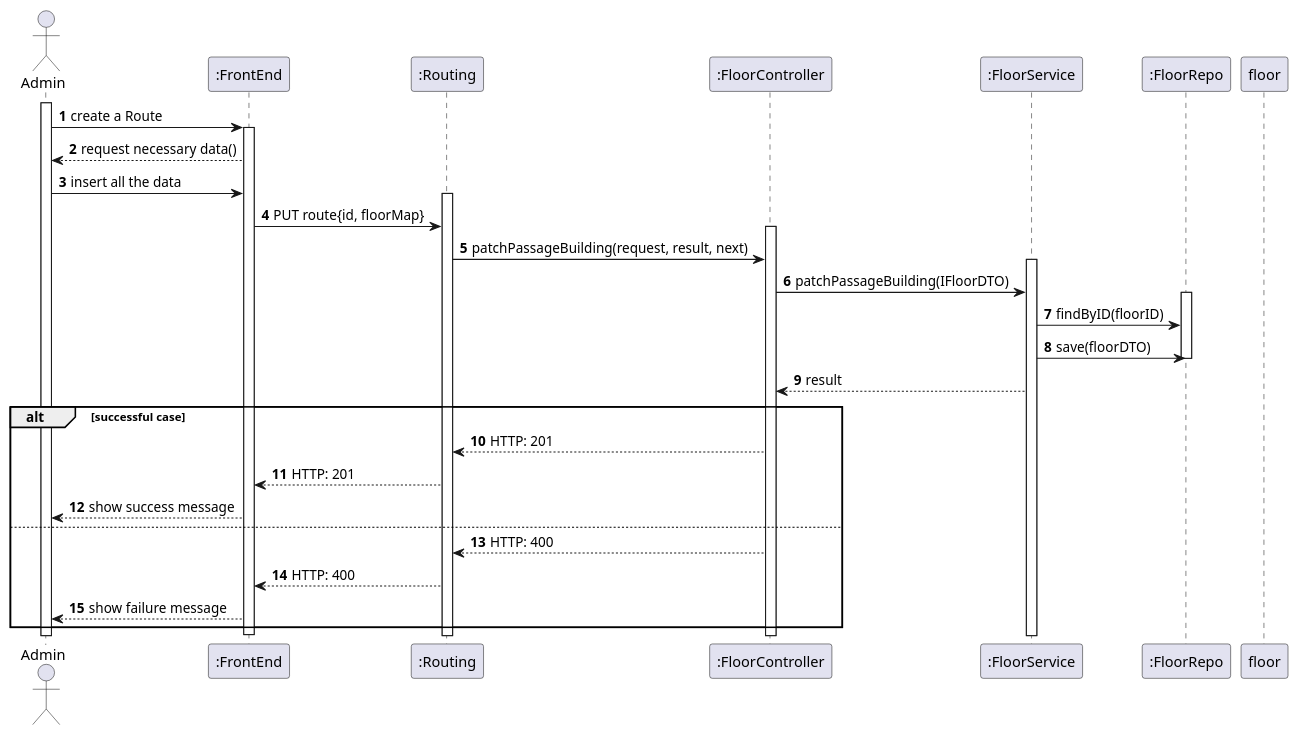
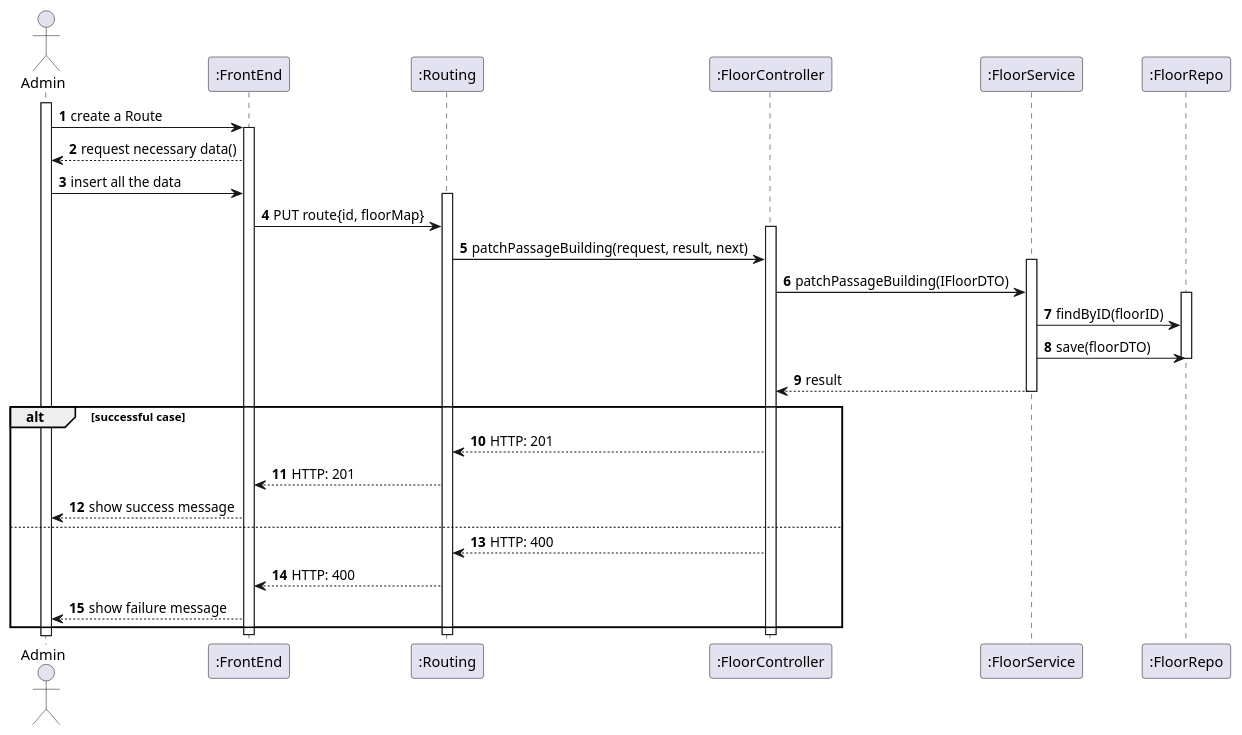
Before and after one commit to NunoTeixeiraMota/ProjetoIntegrador24: the diagram in docs/Sprint A/US250/Level3_patchBuildingPassage.puml, drawn with PlantUML. The commit also changed 40 other files, not shown here.

Commit message:
Updated some diagrams

```diff
--- a/docs/Sprint A/US250/Level3_patchBuildingPassage.puml
+++ b/docs/Sprint A/US250/Level3_patchBuildingPassage.puml
@@ -1,43 +1,44 @@
 @startuml
 autonumber
 'hide footbox
 actor "Admin" as admin
 
 participant ":FrontEnd" as sys
 participant ":Routing" as route
 participant ":FloorController" as ctrl
 participant ":FloorService" as srvc
 participant ":FloorRepo" as repo
 
 
 activate admin
-
 admin -> sys: create a Route
 activate sys
-
 sys --> admin: request necessary data()
 admin -> sys : insert all the data
 activate route
 sys -> route: PUT route{id, floorMap}
 activate ctrl
 route -> ctrl: patchPassageBuilding(request, result, next)
 activate srvc
 ctrl -> srvc: patchPassageBuilding(IFloorDTO)
 activate repo
 srvc -> repo: findByID(floorID)
 srvc -> repo: save(floorDTO)
 deactivate repo
 srvc --> ctrl: result
+deactivate srvc
 
 alt successful case
     ctrl --> route : HTTP: 201
     route --> sys: HTTP: 201
     sys --> admin: show success message
 else
     ctrl --> route : HTTP: 400
     route --> sys: HTTP: 400
     sys --> admin: show failure message
 end
-deactivate floor
+
+deactivate ctrl
+deactivate route
 deactivate sys
 @enduml
```
